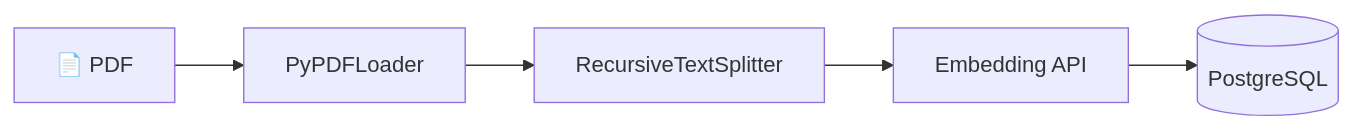
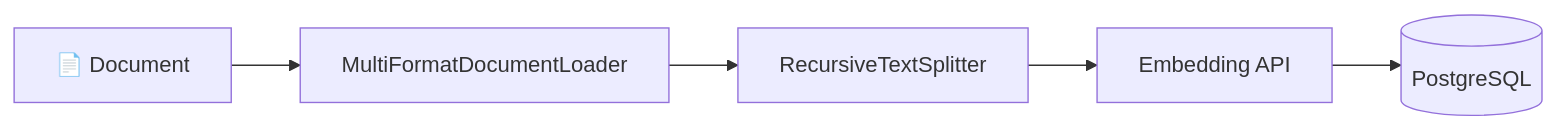
Before and after one commit to elimarcavalli/mba-ia-desafio-ingestao-busca: the first of 2 diagrams in docs/en-US/2-RAG-PIPELINE-en-US.md, drawn with Mermaid. The commit also changed other lines of this file and 8 other files, not shown here.

First line of the commit message:
docs: sync README and architecture docs with current project state

````diff
--- a/docs/en-US/2-RAG-PIPELINE-en-US.md
+++ b/docs/en-US/2-RAG-PIPELINE-en-US.md
@@ -13,7 +13,7 @@
 ```mermaid
 graph LR
-    PDF[📄 PDF] --> Loader[PyPDFLoader]
+    Doc[📄 Document] --> Loader[MultiFormatDocumentLoader]
     Loader --> Splitter[RecursiveTextSplitter]
     Splitter --> Embedder[Embedding API]
     Embedder --> DB[(PostgreSQL)]
 ```
````
